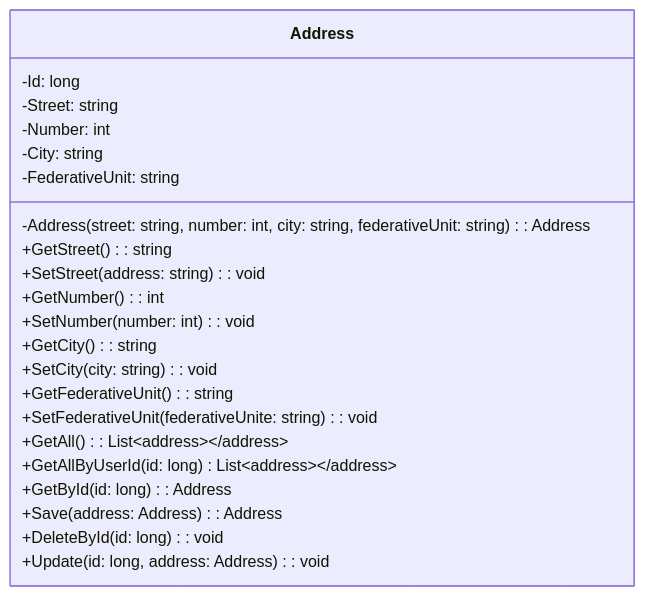
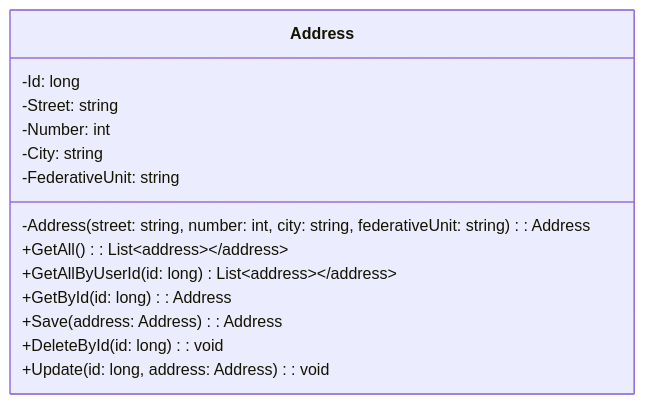
One commit to AndreLucas0/diagrama-de-classes-projeto-integrador changed the fifth of 17 diagrams in Classes.md. Above: the diagram before and after it, drawn with Mermaid. The commit also changed other lines of this file, not shown here.

Commit message:
diagrama de classes sem relacoes finalizado

````diff
--- a/Classes.md
+++ b/Classes.md
@@ -60,25 +50,17 @@
 ```mermaid
 classDiagram
     class Address {
         -Id: long
         -Street: string
         -Number: int
         -City: string
         -FederativeUnit: string
         -Address (street: string, number: int, city: string, federativeUnit: string): Address
-        +GetStreet (): string
-        +SetStreet (address: string): void
-        +GetNumber (): int
-        +SetNumber (number: int): void
-        +GetCity (): string
-        +SetCity (city: string): void
-        +GetFederativeUnit (): string
-        +SetFederativeUnit (federativeUnite: string): void
         +GetAll (): List<Address>
         +GetAllByUserId (id: long) List<Address>
         +GetById (id: long): Address
         +Save (address: Address): Address
         +DeleteById (id: long): void
         +Update (id: long, address: Address): void
     }
 ```
````
